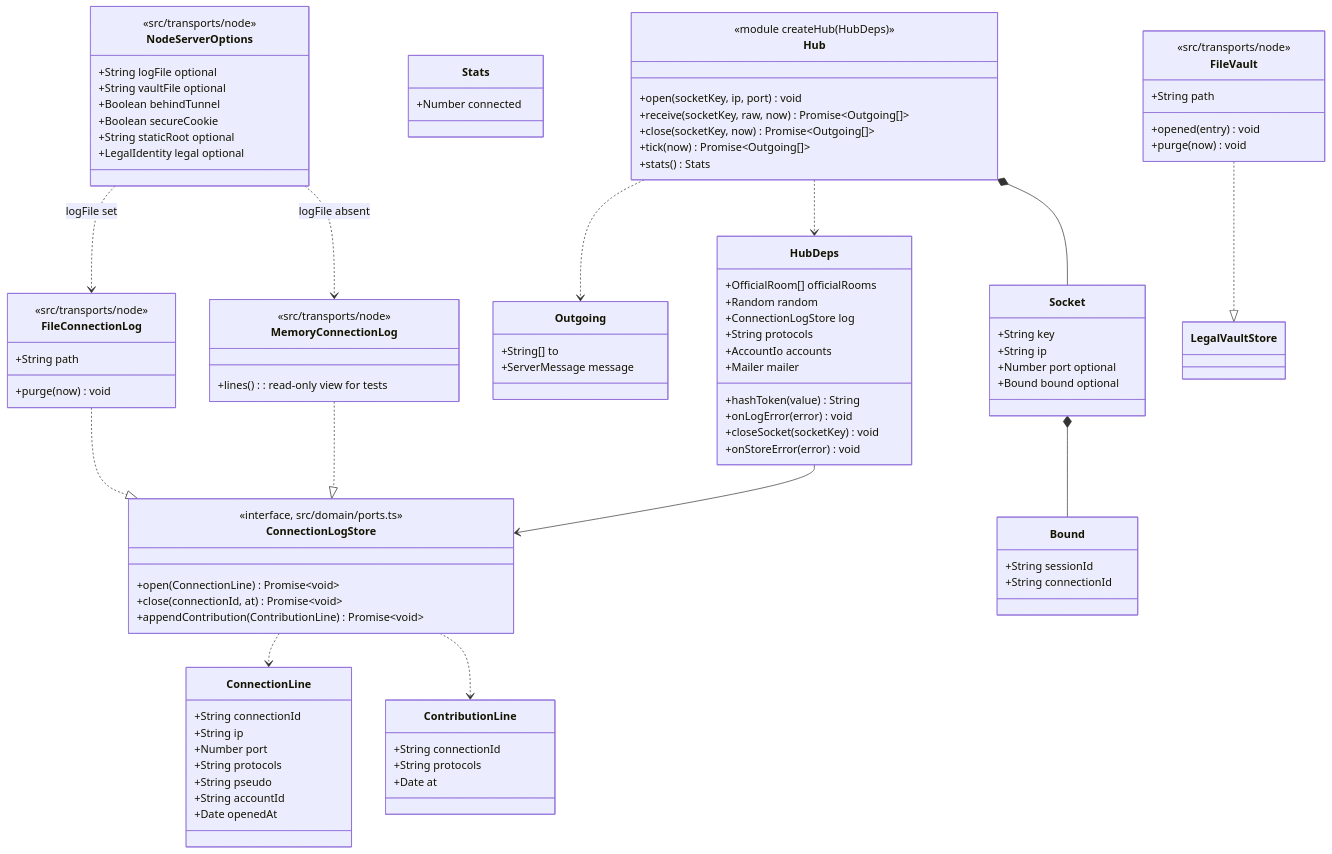
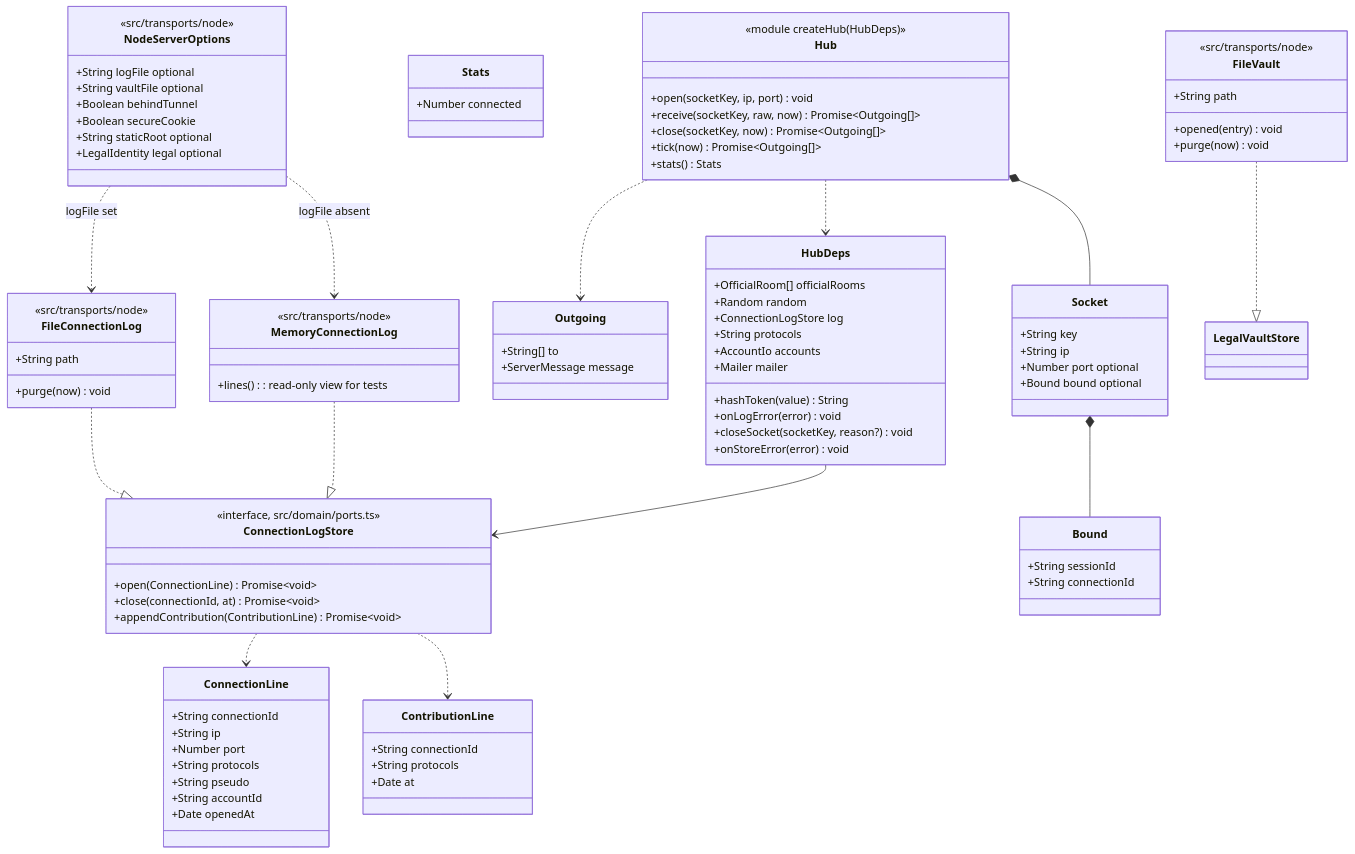
One commit to benoit-bremaud/asv changed the first of 2 diagrams in docs/architecture/diagrams/platform/04c-class-server-hub.md. Above: the diagram before and after it, drawn with Mermaid. The commit also changed other lines of this file and 49 other files, not shown here.

First line of the commit message:
fix(transport): limit frames per socket and close abusive sockets (#103)

```diff
--- a/docs/architecture/diagrams/platform/04c-class-server-hub.md
+++ b/docs/architecture/diagrams/platform/04c-class-server-hub.md
@@ -32,7 +32,7 @@
     +ConnectionLogStore log
     +String protocols
     +onLogError(error) void
-    +closeSocket(socketKey) void
+    +closeSocket(socketKey, reason?) void
     +AccountIo accounts
     +Mailer mailer
     +onStoreError(error) void
```
